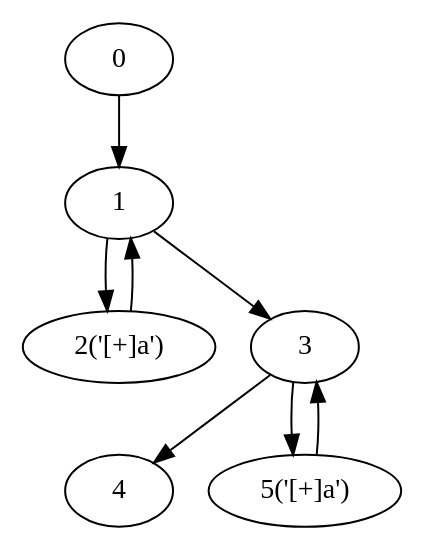
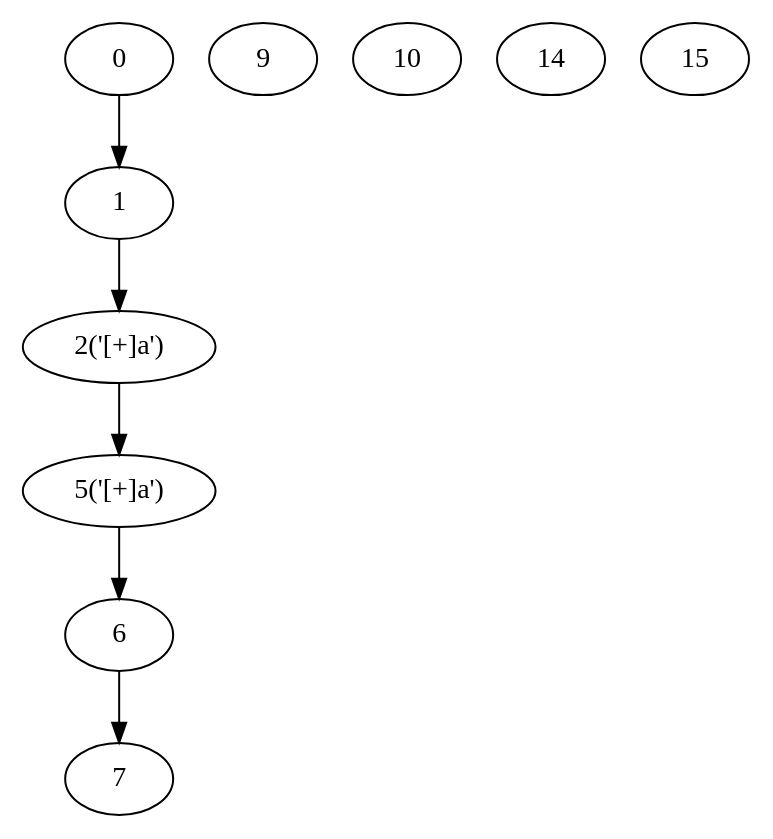
The diagram in NRegex.Test/Graphs/TestMethod13.dot (yyl-20020115/NRegEx), drawn with Graphviz before and after one commit. The commit also changed 9 other files, not shown here.

```diff
--- a/NRegex.Test/Graphs/TestMethod13.dot
+++ b/NRegex.Test/Graphs/TestMethod13.dot
@@ -1,21 +1,17 @@
 digraph g {
-	0 ;
-	0 ;
-	0 ;
-	0 ;
-	0 ;
-	0 ;
 	0 ;
 	1 ;
 	2 [label="2('[+]a')"];
-	3 ;
-	4 ;
 	5 [label="5('[+]a')"];
+	6 ;
+	7 ;
+	9 ;
+	10 ;
+	14 ;
+	15 ;
 	0->1;
-	2->1;
 	1->2;
-	1->3;
-	5->3;
-	3->4;
-	3->5;
+	2->5;
+	5->6;
+	6->7;
 }
```
